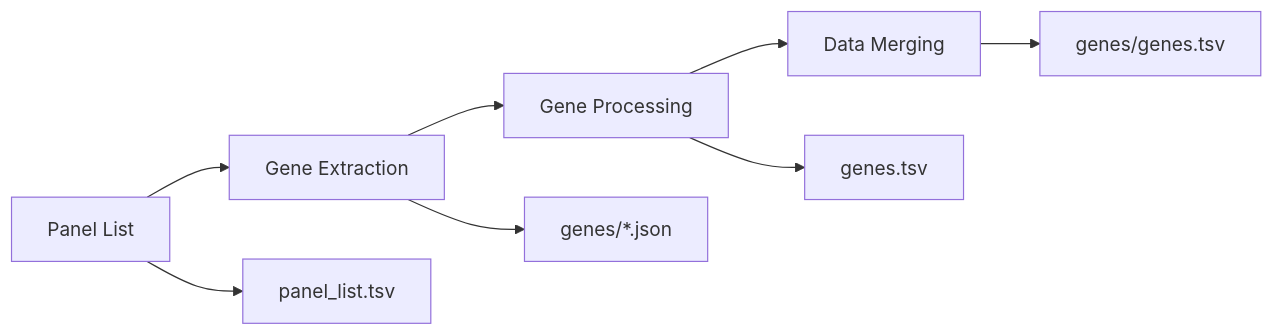
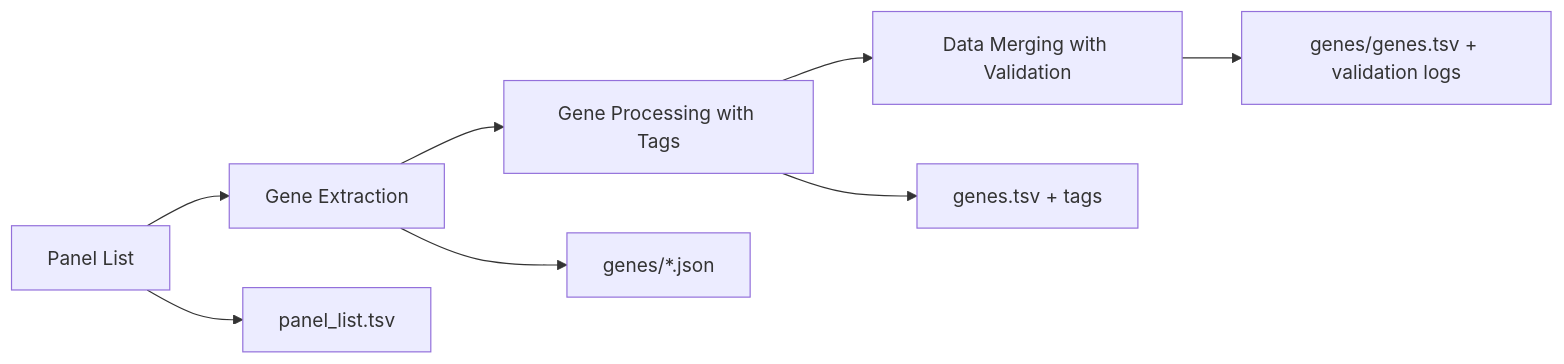
One commit to ChrisRem85/PanelAppAusDB changed the diagram in README.md. Above: the diagram before and after it, drawn with Mermaid. The commit also changed other lines of this file and 3 other files, not shown here.

````diff
--- a/README.md
+++ b/README.md
@@ -198,10 +203,10 @@
 ```mermaid
 graph LR
     A[Panel List] --> B[Gene Extraction]
-    B --> C[Gene Processing] 
-    C --> D[Data Merging]
+    B --> C[Gene Processing with Tags] 
+    C --> D[Data Merging with Validation]
     A --> E[panel_list.tsv]
     B --> F[genes/*.json]
-    C --> G[genes.tsv]
-    D --> H[genes/genes.tsv]
+    C --> G[genes.tsv + tags]
+    D --> H[genes/genes.tsv + validation logs]
 ```
````
